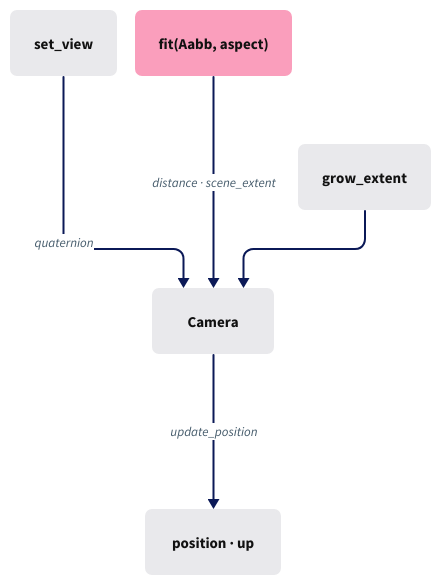
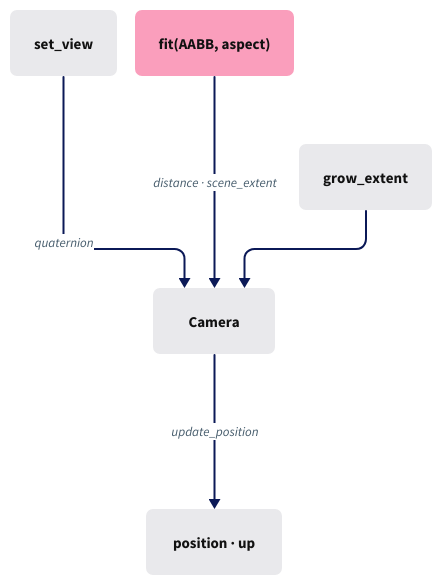
One commit to petrasvestartas/session changed the diagram in session_viewer/docs/diagrams/02-03.d2. Above: the diagram before and after it, drawn with D2. The commit also changed 237 other files, not shown here.

```diff
--- a/session_viewer/docs/diagrams/02-03.d2
+++ b/session_viewer/docs/diagrams/02-03.d2
@@ -1,18 +1,18 @@
 vars: { d2-config: { layout-engine: elk; pad: 20; theme-id: 0 } }
 style: { fill: "#ffffff" }
 classes: {
   box:   { style: { fill: "#e9e9ec"; stroke: "#e9e9ec"; border-radius: 6; font-size: 15; font-color: "#111111" } }
   focus: { style: { fill: "#fa9ebc"; stroke: "#fa9ebc"; border-radius: 6; font-size: 15; font-color: "#111111" } }
 }
 direction: down
 
 S: "set_view" { class: box }
 C: "Camera" { class: box }
-F: "fit(Aabb, aspect)" { class: focus }
+F: "fit(AABB, aspect)" { class: focus }
 G: "grow_extent" { class: box }
 D: "position · up" { class: box }
 
 S -> C: "quaternion" { style: { stroke: "#0b1957"; stroke-width: 2; font-size: 13; font-color: "#455b6b" } }
 F -> C: "distance · scene_extent" { style: { stroke: "#0b1957"; stroke-width: 2; font-size: 13; font-color: "#455b6b" } }
 G -> C { style: { stroke: "#0b1957"; stroke-width: 2; font-size: 13; font-color: "#455b6b" } }
 C -> D: "update_position" { style: { stroke: "#0b1957"; stroke-width: 2; font-size: 13; font-color: "#455b6b" } }
```
